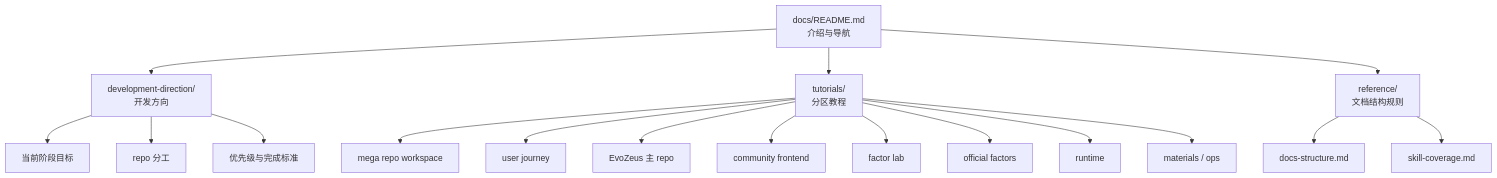
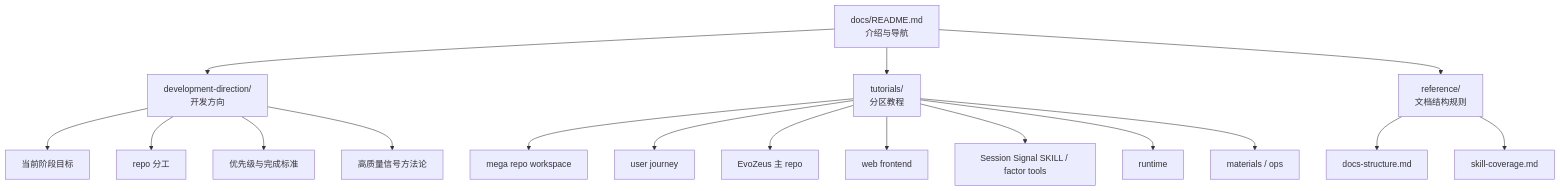
The diagram in docs/README.md (MetaInFLow/EvoZeus-MegaRepo), drawn with Mermaid before and after one commit. The commit also changed other lines of this file and 26 other files, not shown here.

Commit message:
rename session signal skill topology

````diff
--- a/docs/README.md
+++ b/docs/README.md
@@ -57,22 +57,22 @@
 ```mermaid
 flowchart TB
   A["docs/README.md<br/>介绍与导航"] --> B["development-direction/<br/>开发方向"]
   A --> C["tutorials/<br/>分区教程"]
   A --> D["reference/<br/>文档结构规则"]
 
   B --> B1["当前阶段目标"]
   B --> B2["repo 分工"]
   B --> B3["优先级与完成标准"]
+  B --> B4["高质量信号方法论"]
 
   C --> C1["mega repo workspace"]
   C --> C2["user journey"]
   C --> C3["EvoZeus 主 repo"]
-  C --> C4["community frontend"]
-  C --> C5["factor lab"]
-  C --> C6["official factors"]
+  C --> C4["web frontend"]
+  C --> C5["Session Signal SKILL / factor tools"]
   C --> C7["runtime"]
   C --> C8["materials / ops"]
 
   D --> D1["docs-structure.md"]
   D --> D2["skill-coverage.md"]
 ```
````
